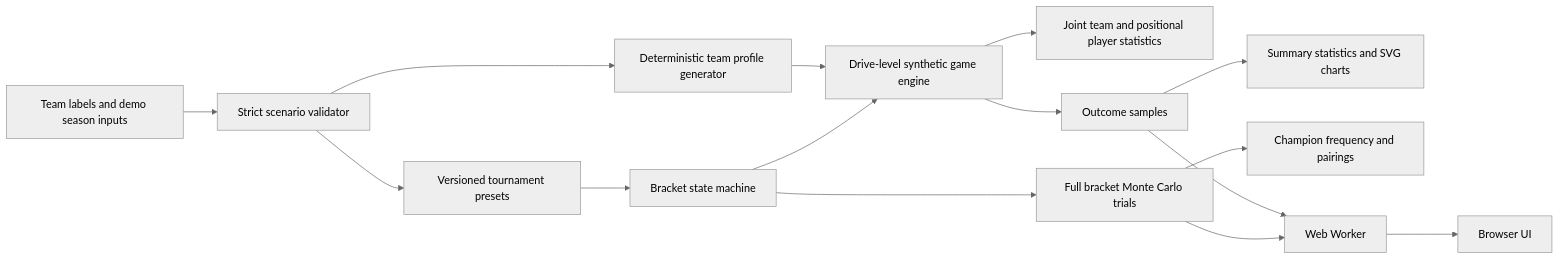
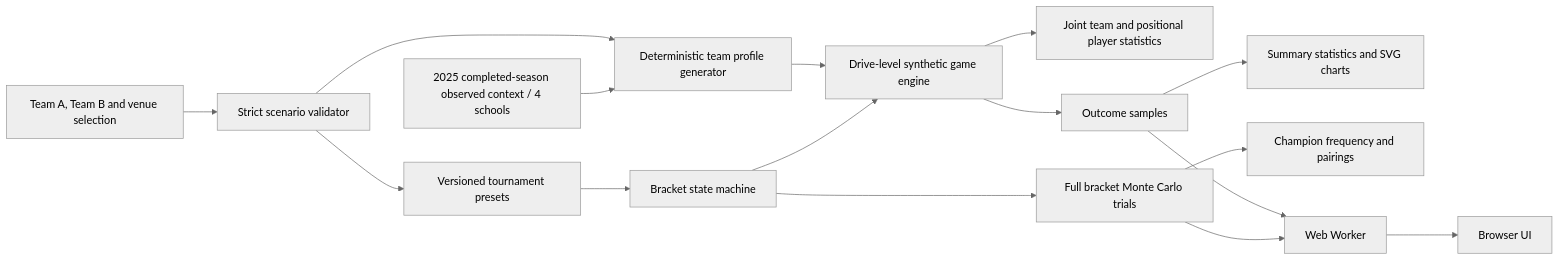
Before and after one commit to jviola1019/hypothetical_cfb: the first of 2 diagrams in docs/ARCHITECTURE.md, drawn with Mermaid (neutral theme). The commit also changed other lines of this file and 29 other files, not shown here.

````diff
--- a/docs/ARCHITECTURE.md
+++ b/docs/ARCHITECTURE.md
@@ -5,17 +5,18 @@
 ```mermaid
 flowchart LR
-  A[Team labels and demo season inputs] --> B[Strict scenario validator]
+  A[Team A, Team B and venue selection] --> B[Strict scenario validator]
   B --> C[Deterministic team profile generator]
+  N[2025 completed-season observed context / 4 schools] --> C
   C --> D[Drive-level synthetic game engine]
   D --> E[Joint team and positional player statistics]
   D --> F[Outcome samples]
   F --> G[Summary statistics and SVG charts]
   B --> H[Versioned tournament presets]
   H --> I[Bracket state machine]
   I --> D
   I --> J[Full bracket Monte Carlo trials]
   J --> K[Champion frequency and pairings]
   F --> L[Web Worker]
   J --> L
   L --> M[Browser UI]
 ```
````
